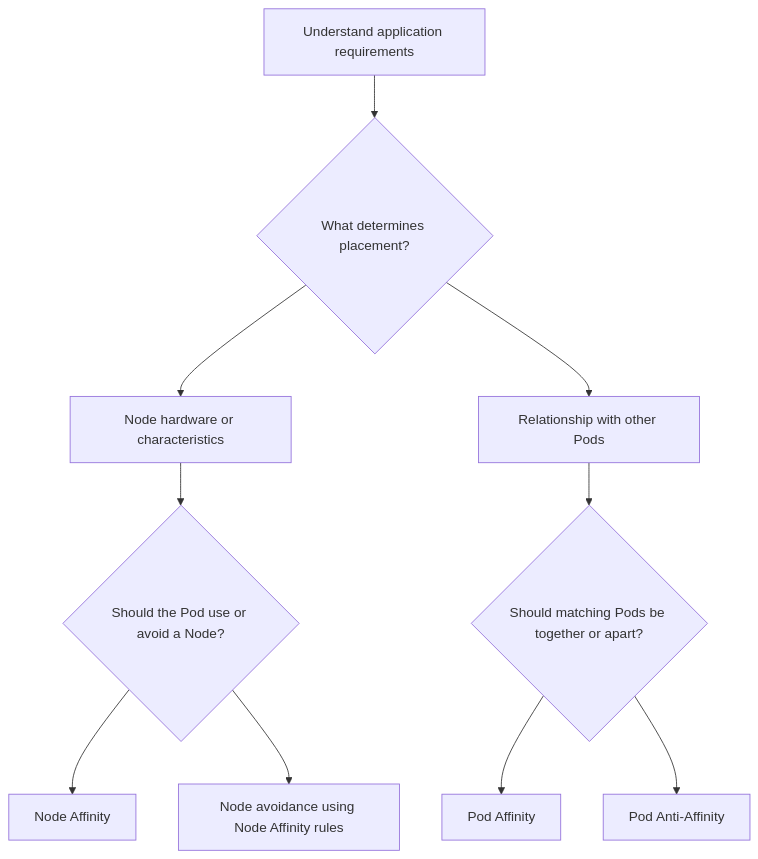
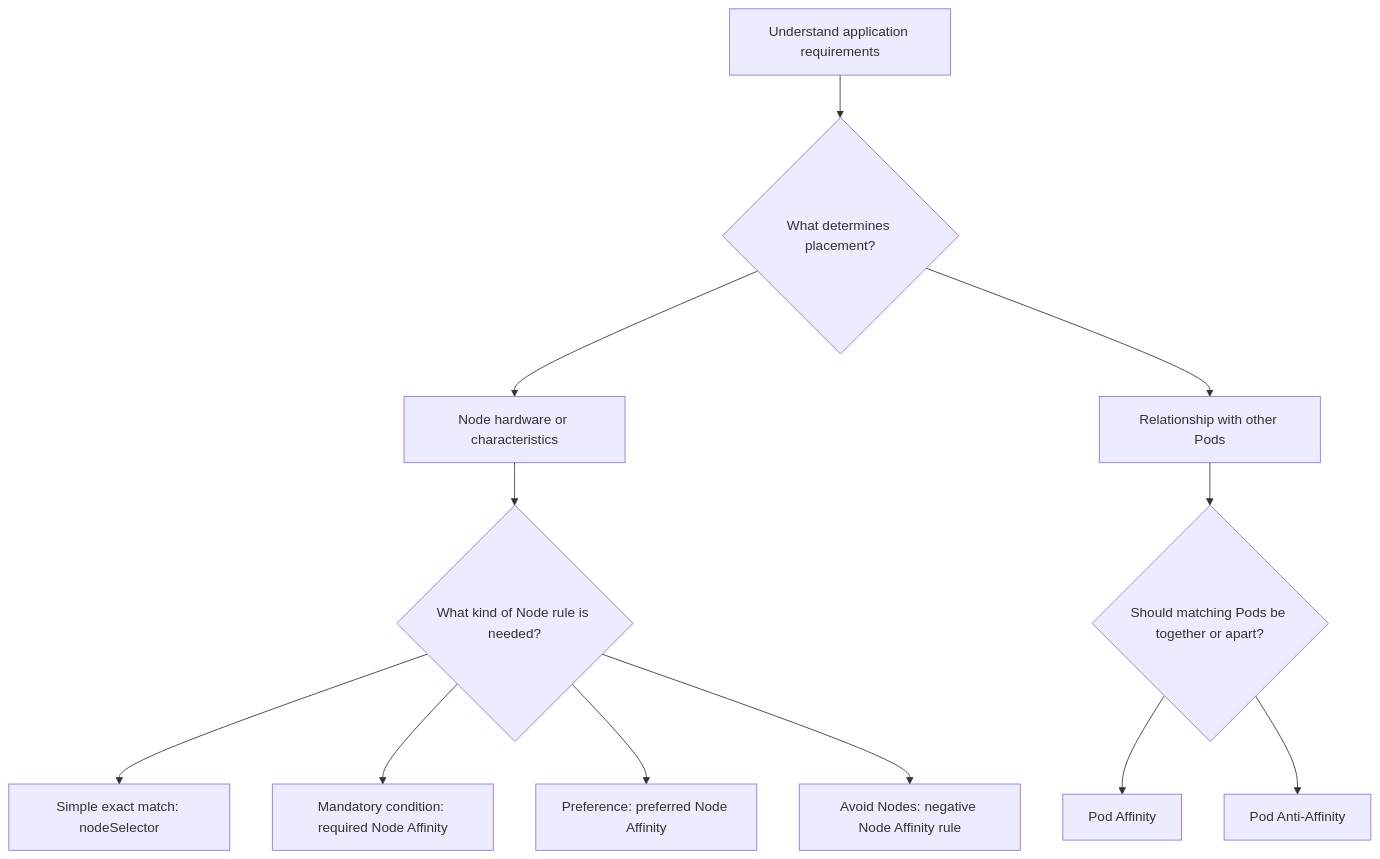
The eighth of 9 diagrams in docs/pod-affinity-and-node-affinity.md (Mi2-Business-Solutions/kubernetes-demo), drawn with Mermaid before and after one commit. The commit also changed other lines of this file and 13 other files, not shown here.

Commit message:
Updated get-started file, reproduced issues and did trouble shooting for node selector and node affinity (hard, soft), added documents, screenshots.

````diff
--- a/docs/pod-affinity-and-node-affinity.md
+++ b/docs/pod-affinity-and-node-affinity.md
@@ -251,15 +554,17 @@
 ```mermaid
 flowchart TD
     A["Understand application requirements"] --> B{"What determines placement?"}
 
     B --> C["Node hardware or characteristics"]
     B --> D["Relationship with other Pods"]
 
-    C --> E{"Should the Pod use or avoid a Node?"}
-    E --> F["Node Affinity"]
-    E --> G["Node avoidance using Node Affinity rules"]
+    C --> E{"What kind of Node rule is needed?"}
+    E --> F["Simple exact match: nodeSelector"]
+    E --> G["Mandatory condition: required Node Affinity"]
+    E --> H["Preference: preferred Node Affinity"]
+    E --> I["Avoid Nodes: negative Node Affinity rule"]
 
-    D --> H{"Should matching Pods be together or apart?"}
-    H --> I["Pod Affinity"]
-    H --> J["Pod Anti-Affinity"]
+    D --> J{"Should matching Pods be together or apart?"}
+    J --> K["Pod Affinity"]
+    J --> L["Pod Anti-Affinity"]
 ```
````
